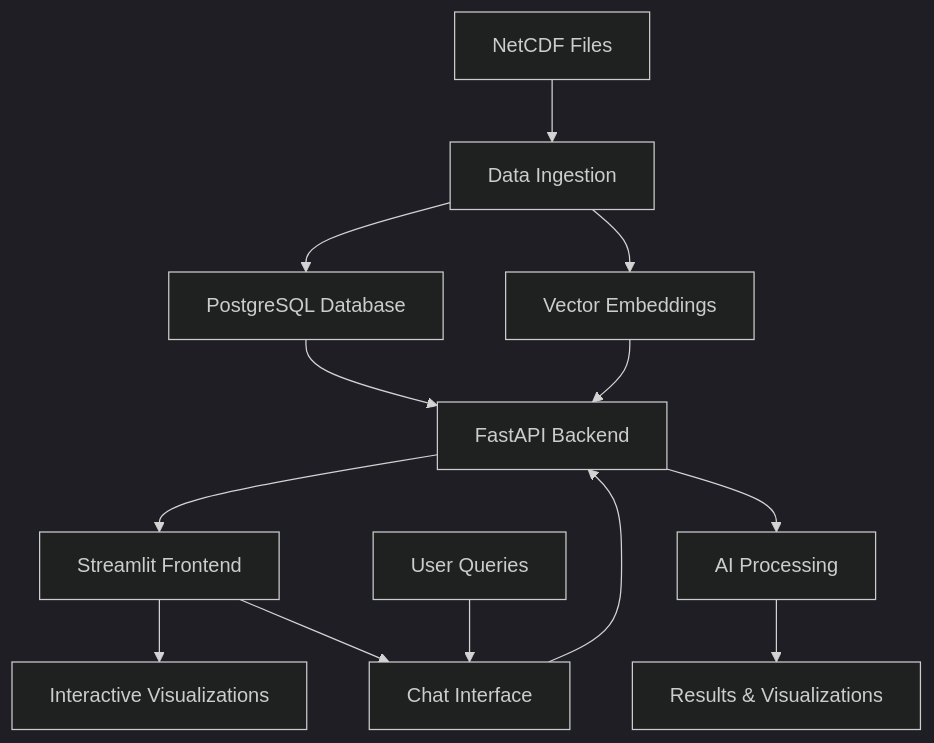
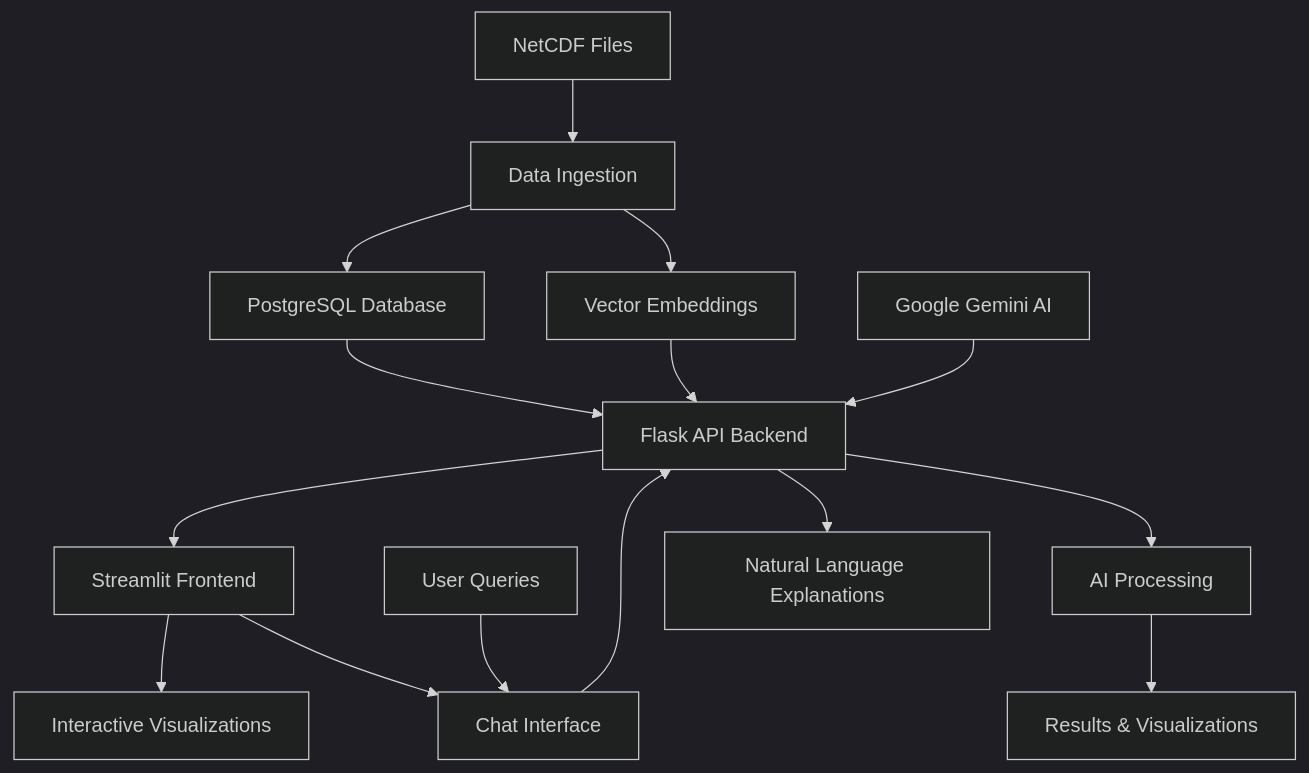
One commit to ShashidharGoudPalakurla/Floatchat changed the diagram in README.md. Above: the diagram before and after it, drawn with Mermaid (dark theme). The commit also changed other lines of this file, not shown here.

````diff
--- a/README.md
+++ b/README.md
@@ -49,16 +38,19 @@
 ```mermaid
 graph TB
     A[NetCDF Files] --> B[Data Ingestion]
     B --> C[PostgreSQL Database]
     B --> D[Vector Embeddings]
-    C --> E[FastAPI Backend]
+    C --> E[Flask API Backend]
     D --> E
     E --> F[Streamlit Frontend]
     F --> G[Interactive Visualizations]
     F --> H[Chat Interface]
     
     I[User Queries] --> H
     H --> E
     E --> J[AI Processing]
     J --> K[Results & Visualizations]
+    
+    L[Google Gemini AI] --> E
+    E --> M[Natural Language Explanations]
 ```
````
